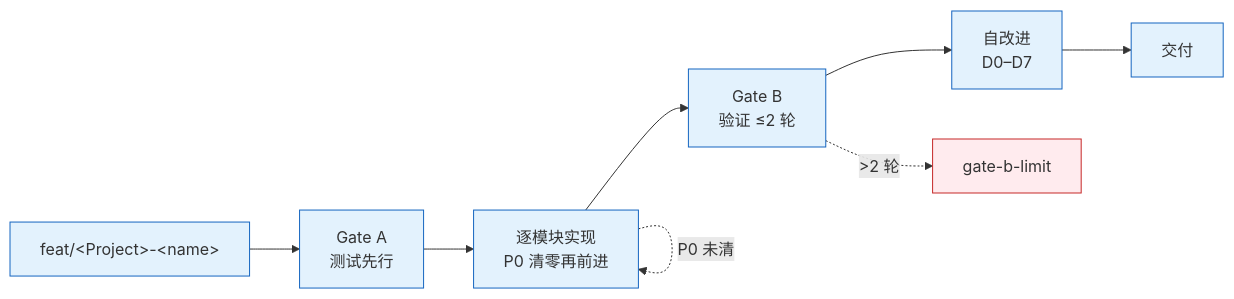
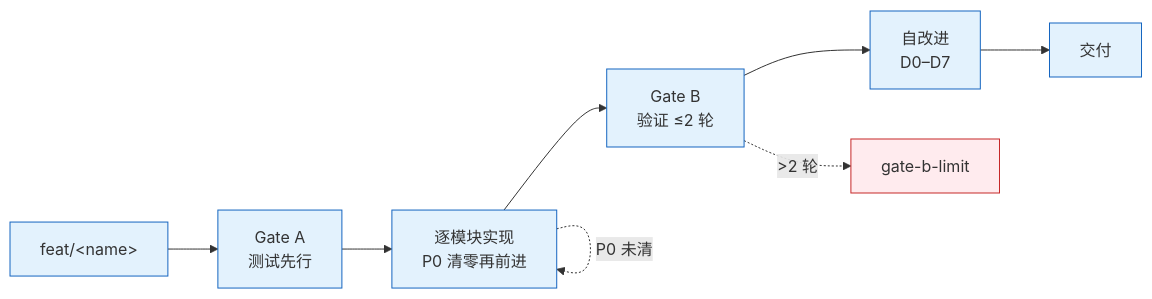
One commit to effiy/YrY changed the sixth of 11 diagrams in skills/rui/SKILL.md. Above: the diagram before and after it, drawn with Mermaid. The commit also changed other lines of this file and 22 other files, not shown here.

````diff
--- a/skills/rui/SKILL.md
+++ b/skills/rui/SKILL.md
@@ -218,12 +218,12 @@
 ```mermaid
 flowchart LR
-    A[feat/&lt;Project&gt;-&lt;name&gt;]:::s --> B[Gate A<br/>测试先行]:::s
+    A[feat/&lt;name&gt;]:::s --> B[Gate A<br/>测试先行]:::s
     B --> C[逐模块实现<br/>P0 清零再前进]:::s
     C --> D[Gate B<br/>验证 ≤2 轮]:::s
     D --> E[自改进<br/>D0–D7]:::s
     E --> F[交付]:::s
     C -.P0 未清.-> C
     D -.>2 轮.-> X[gate-b-limit]:::bad
     classDef s fill:#e3f2fd,stroke:#1565c0;
     classDef bad fill:#ffebee,stroke:#c62828;
 ```
````
